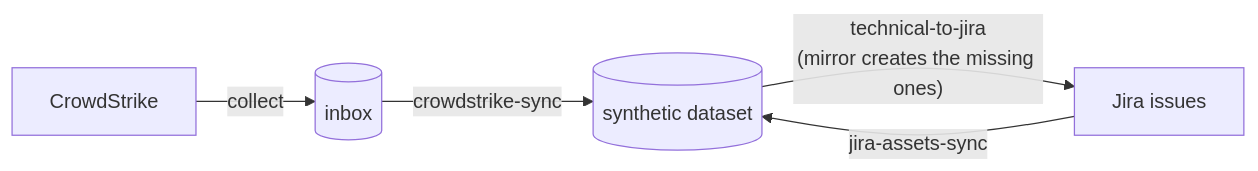
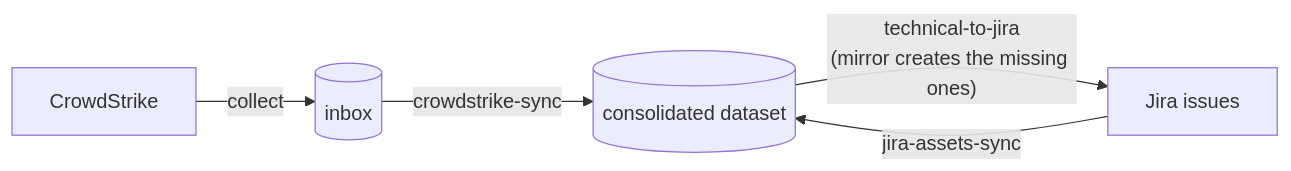
The diagram in docs/prism/install/_bootstrap.md (corvisrob/corvis-sightline-whitepapers), drawn with Mermaid before and after one commit. The commit also changed other lines of this file and 8 other files, not shown here.

First line of the commit message:
docs(prism): republish for the consolidated-dataset term reversal

````diff
--- a/docs/prism/install/_bootstrap.md
+++ b/docs/prism/install/_bootstrap.md
@@ -9,7 +9,7 @@
 ```mermaid
 flowchart LR
   CS["CrowdStrike"] -->|collect| INBOX[("inbox")]
-  INBOX -->|crowdstrike-sync| CONS[("synthetic dataset")]
+  INBOX -->|crowdstrike-sync| CONS[("consolidated dataset")]
   JIRA["Jira issues"] -->|jira-assets-sync| CONS
   CONS -->|"technical-to-jira<br/>(mirror creates the missing ones)"| JIRA
 ```
````
